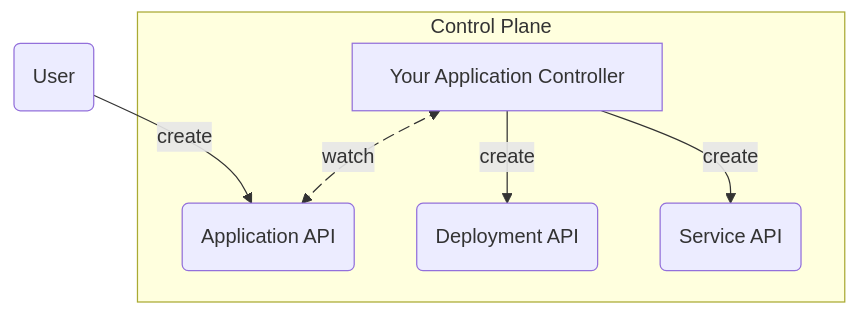
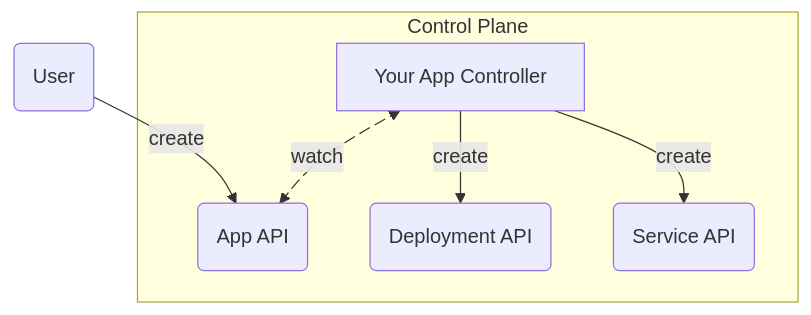
Before and after one commit to crossplane/docs: the first of 4 diagrams in content/v2.0-preview/whats-crossplane/_index.md, drawn with Mermaid. The commit also changed other lines of this file, not shown here.

First line of the commit message:
Say 'App' not 'Application' on What's Crossplane page

````diff
--- a/content/v2.0-preview/whats-crossplane/_index.md
+++ b/content/v2.0-preview/whats-crossplane/_index.md
@@ -76,18 +76,18 @@
 ```mermaid
 flowchart TD
 user(User)
 
 subgraph control [Control Plane]
-  api(Application API)
-  controller[Your Application Controller]
+  api(App API)
+  controller[Your App Controller]
   deployment(Deployment API)
   service(Service API)
 end
 
 user -- create --> api
 controller watch@<-- watch --> api
 controller -- create --> deployment
 controller -- create --> service
 
 watch@{animate: true}
 ```
````
